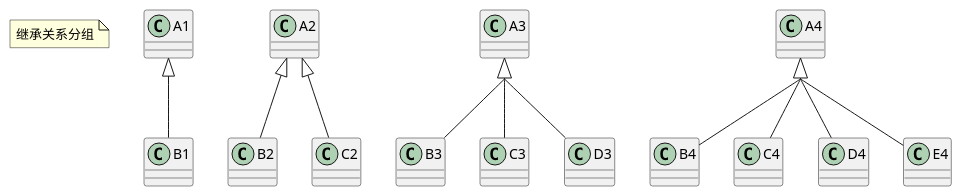
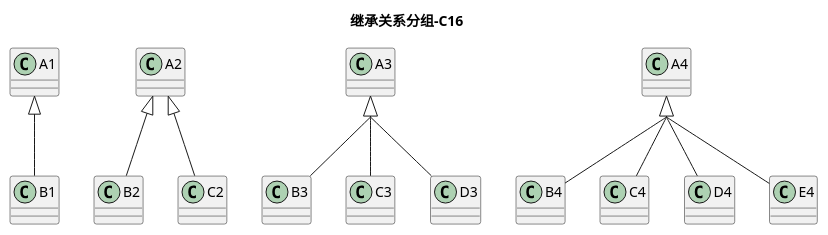
Before and after one commit to securitgithub/plantumlforvscode: diagram 11 of 24 in README.md, drawn with PlantUML. The commit also changed other lines of this file and 6 other files, not shown here.

````diff
--- a/README.md
+++ b/README.md
@@ -418,21 +419,21 @@
 ```plantuml
 @startuml
-note "继承关系分组" as C6
+title 继承关系分组-C16
 
 skinparam groupInheritance 3
 
 A1 <|-- B1
 
 A2 <|-- B2
 A2 <|-- C2
 
 A3 <|-- B3
 A3 <|-- C3
 A3 <|-- D3
 
 A4 <|-- B4
 A4 <|-- C4
 A4 <|-- D4
 A4 <|-- E4
 @enduml
 ```
````
